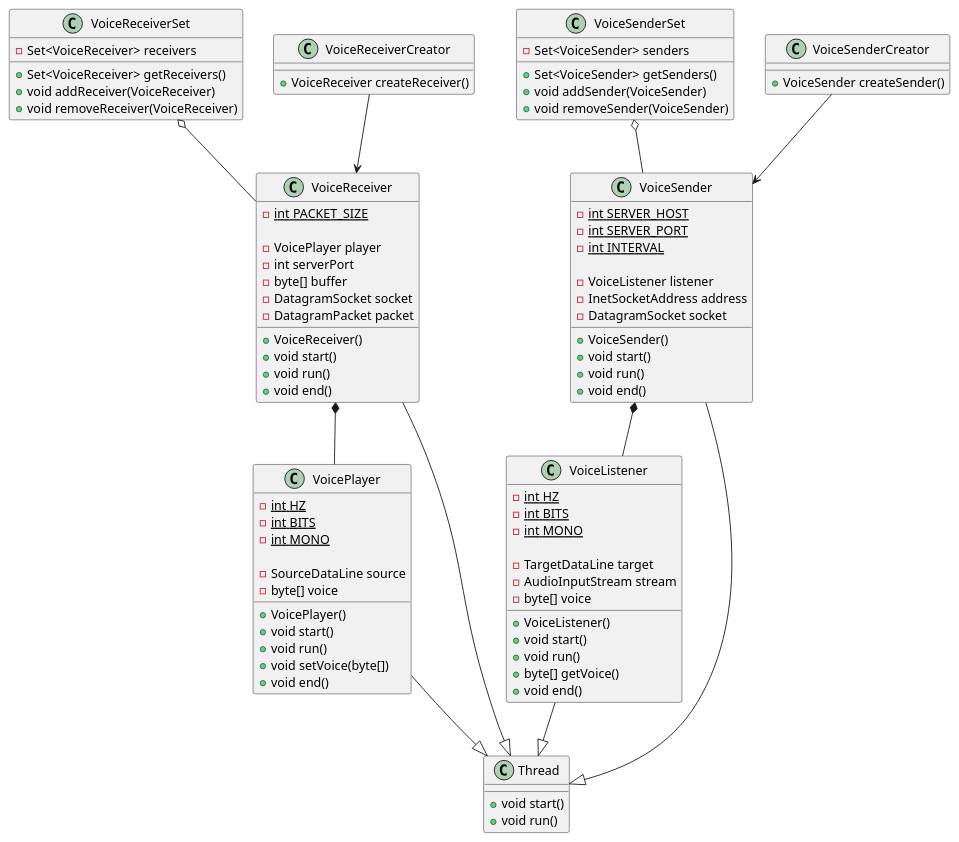
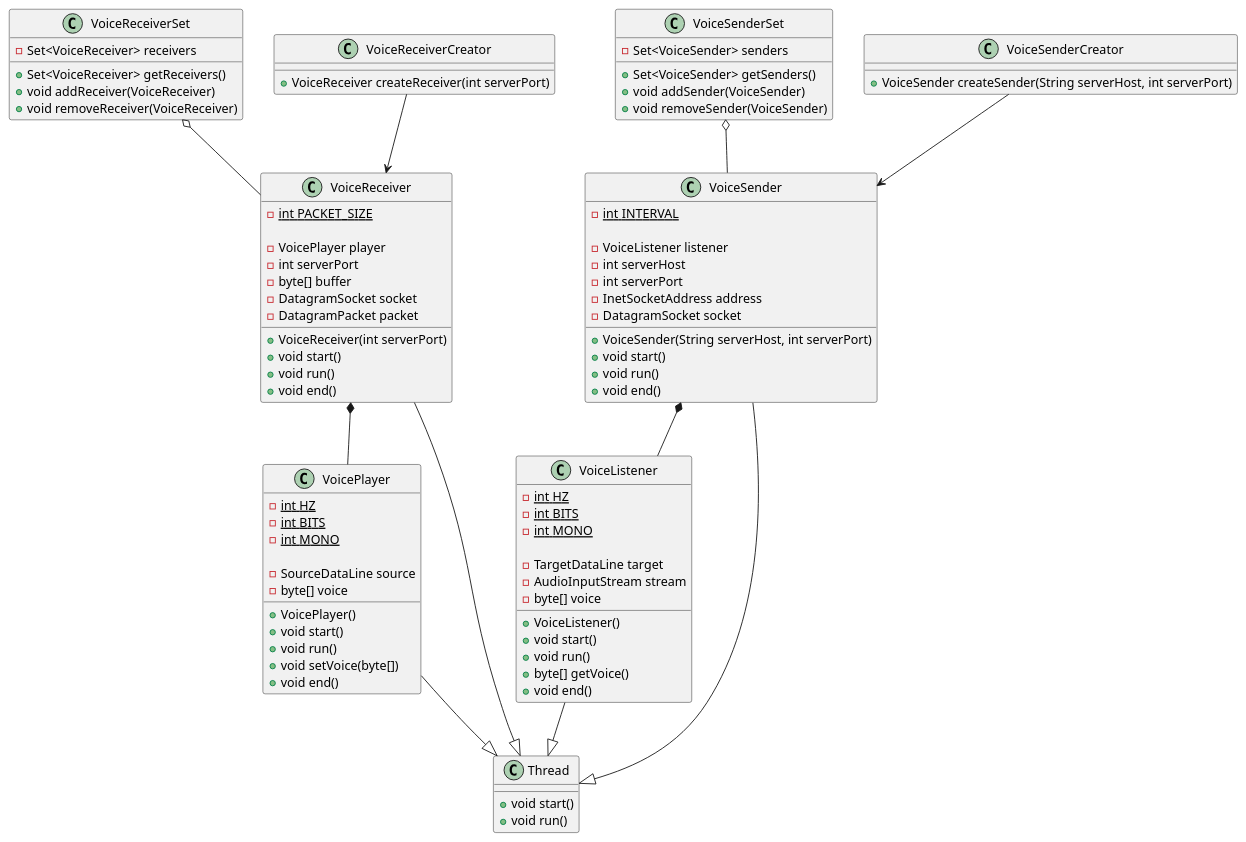
The diagram in diagram/classDiagram.puml (TOMOFUMI-KONDO/voice-transfer), drawn with PlantUML before and after one commit. The commit also changed 1 other file, not shown here.

Commit message:
クラス図を更新した

```diff
--- a/diagram/classDiagram.puml
+++ b/diagram/classDiagram.puml
@@ -1,106 +1,106 @@
 @startuml
 
 class VoiceReceiverSet {
     - Set<VoiceReceiver> receivers
 
     + Set<VoiceReceiver> getReceivers()
     + void addReceiver(VoiceReceiver)
     + void removeReceiver(VoiceReceiver)
 }
 
 class VoiceReceiverCreator {
-    + VoiceReceiver createReceiver()
+    + VoiceReceiver createReceiver(int serverPort)
 }
 
 class VoiceReceiver {
     - {static} int PACKET_SIZE
 
     - VoicePlayer player
     - int serverPort
     - byte[] buffer
     - DatagramSocket socket
     - DatagramPacket packet
 
-    + VoiceReceiver()
+    + VoiceReceiver(int serverPort)
     + void start()
     + void run()
     + void end()
 }
 
 class VoicePlayer{
     - {static} int HZ
     - {static} int BITS
     - {static} int MONO
 
     - SourceDataLine source
     - byte[] voice
 
     + VoicePlayer()
     + void start()
     + void run()
     + void setVoice(byte[])
     + void end()
 }
 
 class VoiceSenderSet {
     - Set<VoiceSender> senders
 
     + Set<VoiceSender> getSenders()
     + void addSender(VoiceSender)
     + void removeSender(VoiceSender)
 }
 
 class VoiceSenderCreator {
-    + VoiceSender createSender()
+    + VoiceSender createSender(String serverHost, int serverPort)
 }
 
 class VoiceSender {
-    - {static} int SERVER_HOST
-    - {static} int SERVER_PORT
     - {static} int INTERVAL
 
     - VoiceListener listener
+    - int serverHost
+    - int serverPort
     - InetSocketAddress address
     - DatagramSocket socket
 
-    + VoiceSender()
+    + VoiceSender(String serverHost, int serverPort)
     + void start()
     + void run()
     + void end()
 }
 
 class VoiceListener {
     - {static} int HZ
     - {static} int BITS
     - {static} int MONO
 
     - TargetDataLine target
     - AudioInputStream stream
     - byte[] voice
 
     + VoiceListener()
     + void start()
     + void run()
     + byte[] getVoice()
     + void end()
 }
 
 class Thread {
      + void start()
      + void run()
 }
 
 
 VoiceReceiverSet o-- VoiceReceiver
 VoiceReceiverCreator --> VoiceReceiver
 VoiceReceiver --|> Thread
 VoiceReceiver *-- VoicePlayer
 VoicePlayer --|> Thread
 
 VoiceSenderSet o-- VoiceSender
 VoiceSenderCreator --> VoiceSender
 VoiceSender --|> Thread
 VoiceSender *-- VoiceListener
 VoiceListener --|> Thread
 
 @enduml
```
